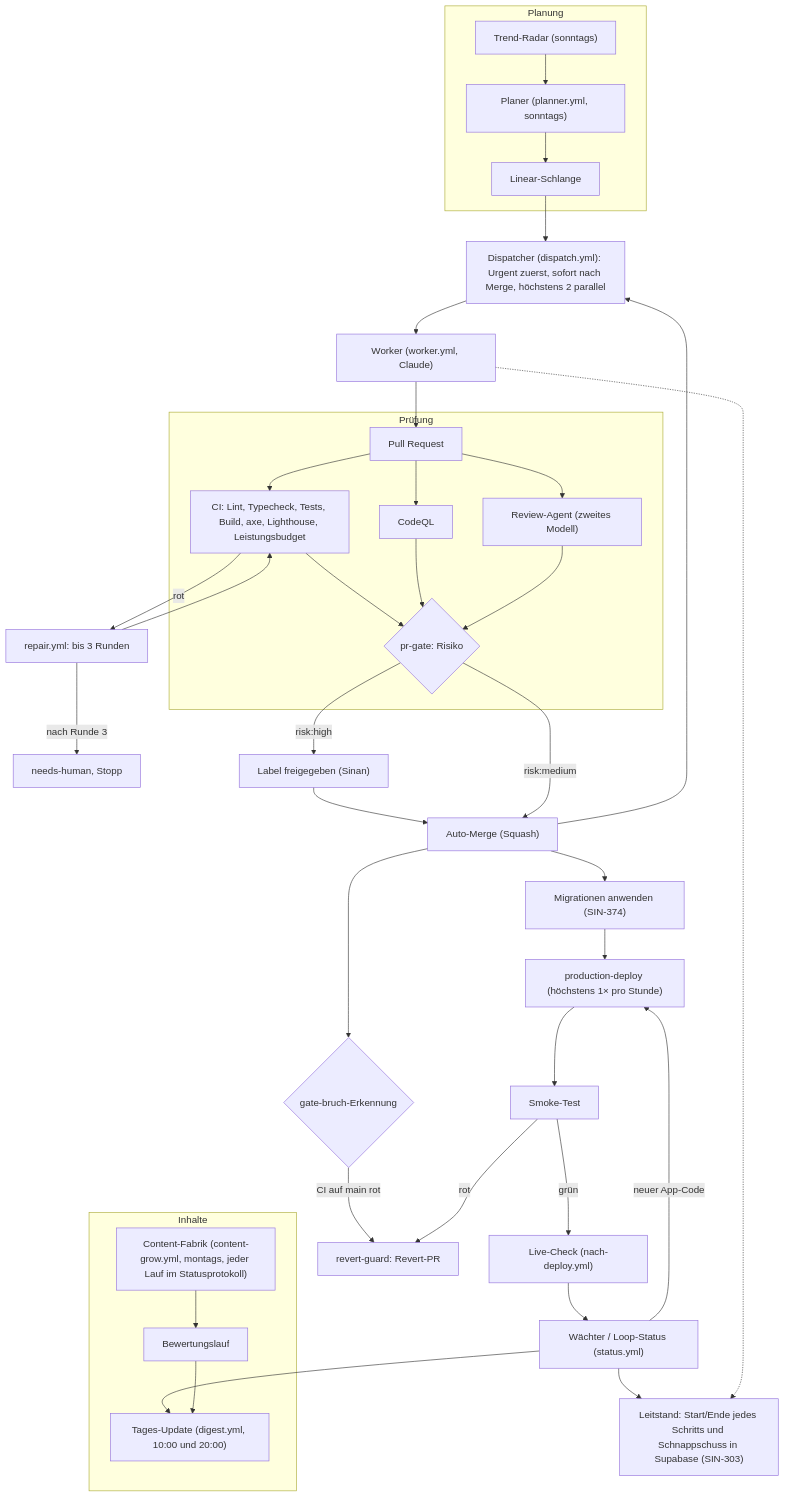
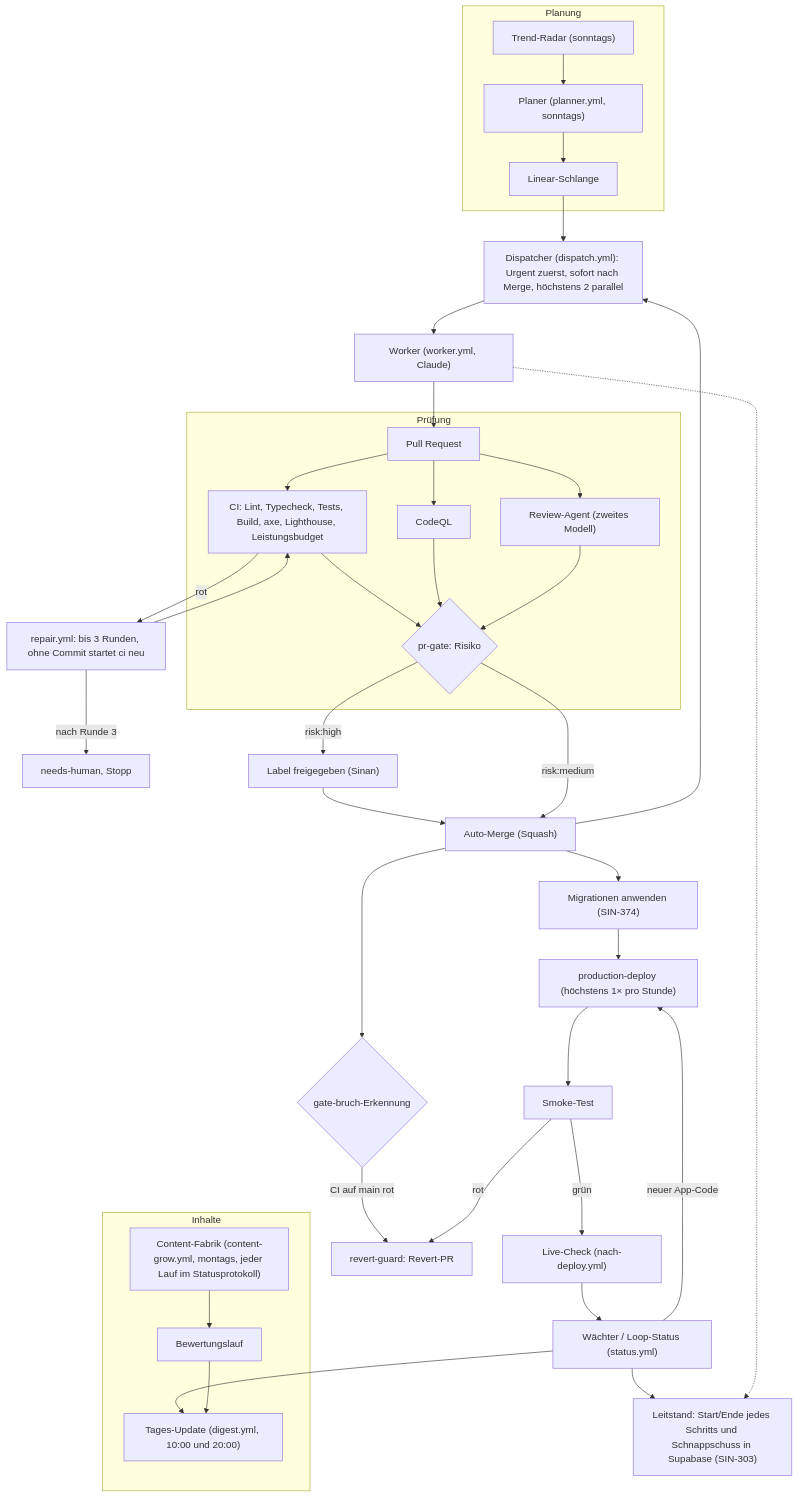
The diagram in docs/diagramme/pipeline.mmd (siinanXD/Content-Agent-Lernapp), drawn with Mermaid before and after one commit. The commit also changed 8 other files, not shown here.

Commit message:
fix(loop): Reparatur ohne Commit lässt den PR nicht mehr liegen (SIN-418) (#231)

```diff
--- a/docs/diagramme/pipeline.mmd
+++ b/docs/diagramme/pipeline.mmd
@@ -1,41 +1,41 @@
 %% Pipeline-Ablauf des Loops, Stand main 08.10. (SIN-376). Quelle für das FigJam-Board „Pipeline-Ablauf“.
 %% Ändern sich .github/workflows/ oder scripts/autonomy/, diese Datei im selben PR anpassen.
 flowchart TD
   subgraph Planung
     Radar["Trend-Radar (sonntags)"] --> Planer
     Planer["Planer (planner.yml, sonntags)"] --> Schlange["Linear-Schlange"]
   end
   Schlange --> Dispatcher["Dispatcher (dispatch.yml): Urgent zuerst, sofort nach Merge, höchstens 2 parallel"]
   Dispatcher --> Worker["Worker (worker.yml, Claude)"]
   Worker --> PR["Pull Request"]
   subgraph Prüfung
     PR --> CI["CI: Lint, Typecheck, Tests, Build, axe, Lighthouse, Leistungsbudget"]
     PR --> CodeQL["CodeQL"]
     PR --> Review["Review-Agent (zweites Modell)"]
     CI --> Gate{"pr-gate: Risiko"}
     CodeQL --> Gate
     Review --> Gate
   end
-  CI -- rot --> Repair["repair.yml: bis 3 Runden"]
+  CI -- rot --> Repair["repair.yml: bis 3 Runden, ohne Commit startet ci neu"]
   Repair --> CI
   Repair -- "nach Runde 3" --> Mensch["needs-human, Stopp"]
   Gate -- "risk:high" --> Freigabe["Label freigegeben (Sinan)"]
   Freigabe --> Merge
   Gate -- "risk:medium" --> Merge["Auto-Merge (Squash)"]
   Merge --> Dispatcher
   Merge --> Migr["Migrationen anwenden (SIN-374)"]
   Merge --> Bruch{"gate-bruch-Erkennung"}
   Bruch -- "CI auf main rot" --> Revert["revert-guard: Revert-PR"]
   Migr --> Deploy["production-deploy (höchstens 1× pro Stunde)"]
   Deploy --> Smoke["Smoke-Test"]
   Smoke -- rot --> Revert
   Smoke -- grün --> Live["Live-Check (nach-deploy.yml)"]
   Live --> Waechter["Wächter / Loop-Status (status.yml)"]
   Waechter -- "neuer App-Code" --> Deploy
   Waechter --> Update["Tages-Update (digest.yml, 10:00 und 20:00)"]
   Waechter --> Leitstand["Leitstand: Start/Ende jedes Schritts und Schnappschuss in Supabase (SIN-303)"]
   Worker -.-> Leitstand
   subgraph Inhalte
     Fabrik["Content-Fabrik (content-grow.yml, montags, jeder Lauf im Statusprotokoll)"] --> Bewertung["Bewertungslauf"]
     Bewertung --> Update
   end
```
